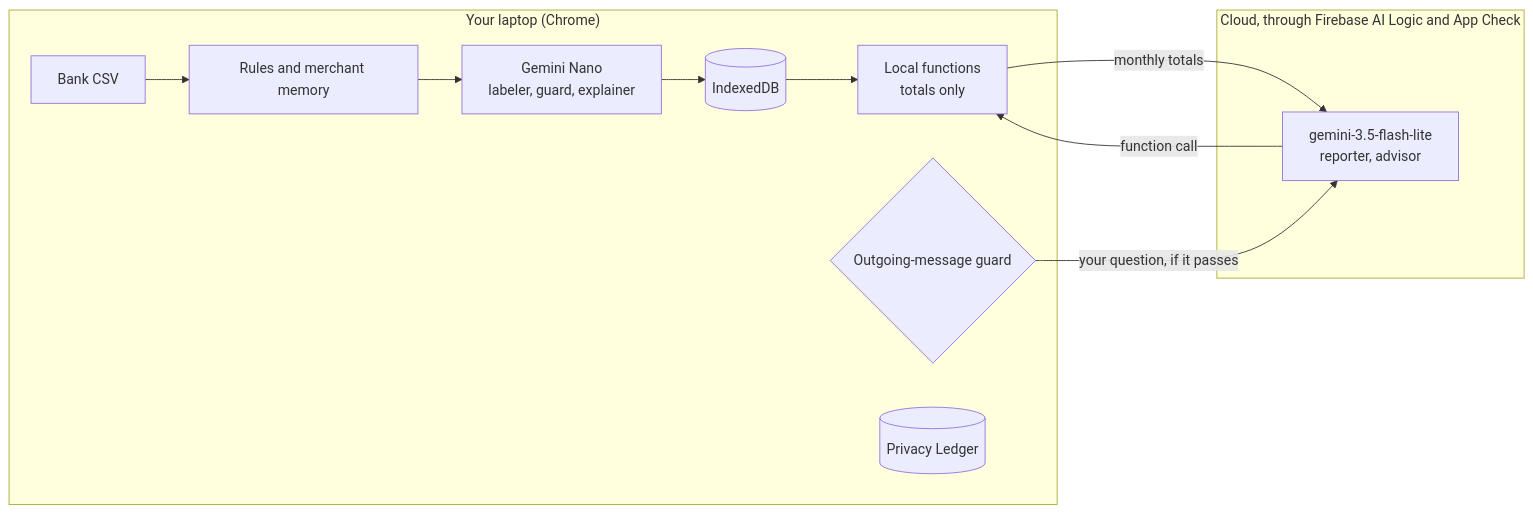
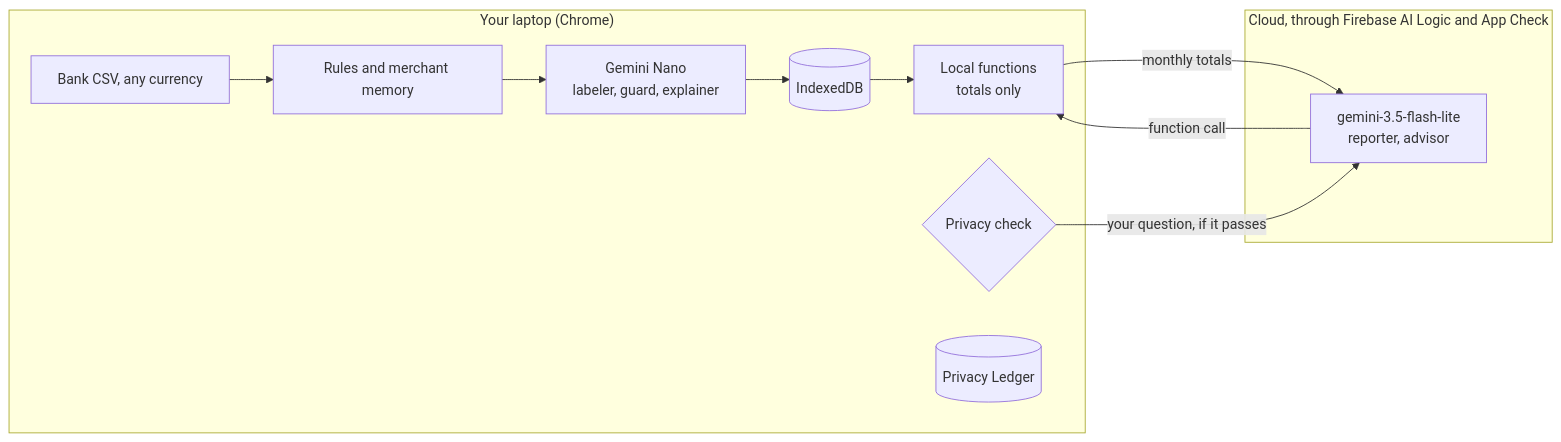
One commit to bagusardin25/PrivateLedger changed the diagram in README.md. Above: the diagram before and after it, drawn with Mermaid. The commit also changed other lines of this file and 9 other files, not shown here.

````diff
--- a/README.md
+++ b/README.md
@@ -47,17 +68,17 @@
 ```mermaid
 flowchart LR
   subgraph device["Your laptop (Chrome)"]
-    csv["Bank CSV"] --> prep["Rules and merchant memory"]
+    csv["Bank CSV, any currency"] --> prep["Rules and merchant memory"]
     prep --> nano["Gemini Nano<br/>labeler, guard, explainer"]
     nano --> db[("IndexedDB")]
     db --> fn["Local functions<br/>totals only"]
-    guard{"Outgoing-message guard"}
+    guard{"Privacy check"}
     ledger[("Privacy Ledger")]
   end
   subgraph cloud["Cloud, through Firebase AI Logic and App Check"]
     flash["gemini-3.5-flash-lite<br/>reporter, advisor"]
   end
   fn -- "monthly totals" --> flash
   flash -- "function call" --> fn
   guard -- "your question, if it passes" --> flash
 ```
````
